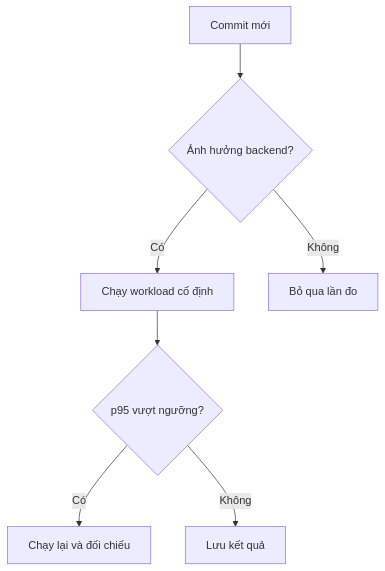
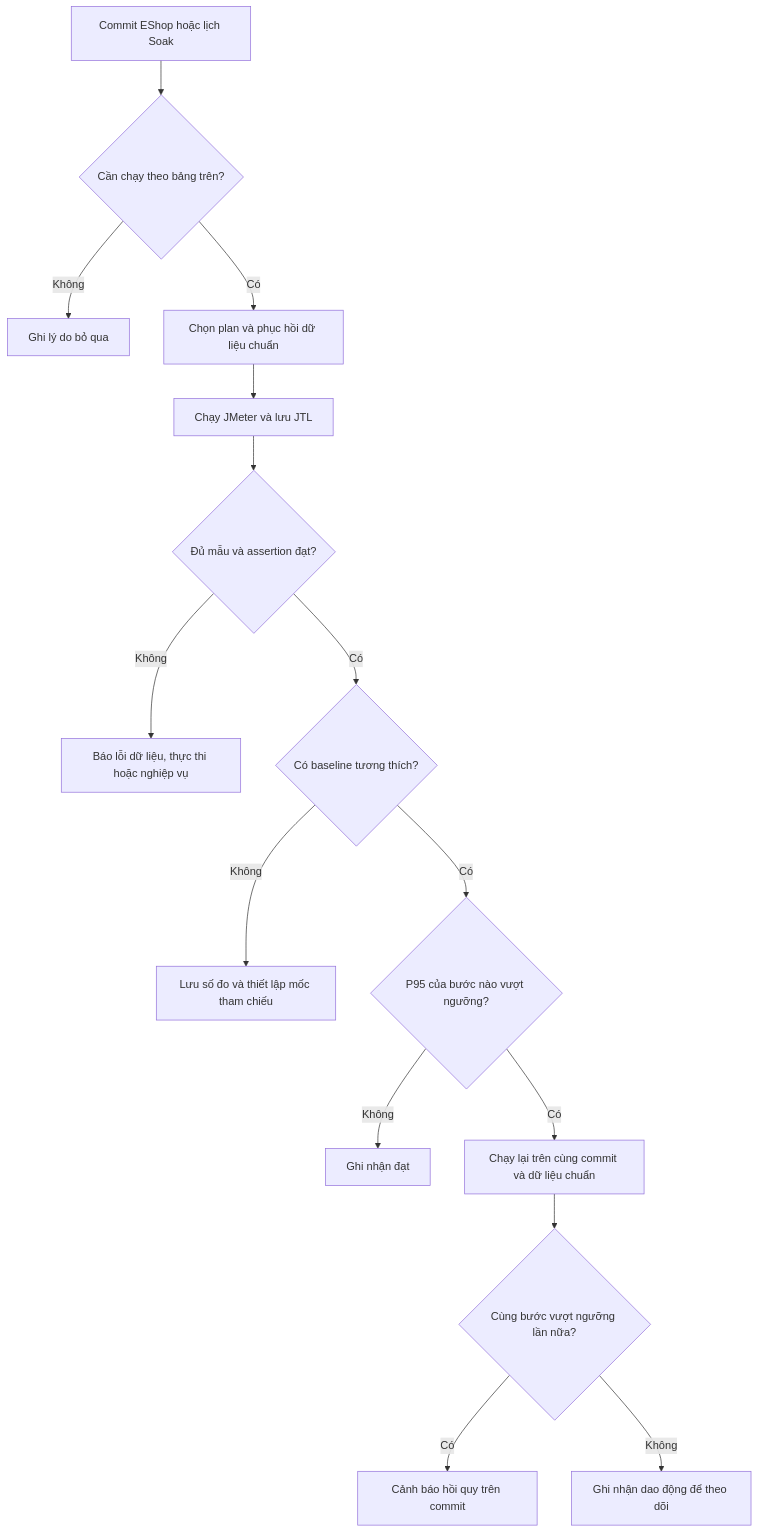
The diagram in task3/proposal.md (nguyenanhtuan2702/HW05), drawn with Mermaid before and after one commit. The commit also changed other lines of this file and 824 other files, not shown here.

````diff
--- a/task3/proposal.md
+++ b/task3/proposal.md
@@ -7,9 +21,17 @@
-~~~mermaid
+```mermaid
 flowchart TD
- A[Commit mới] --> B{Ảnh hưởng backend?}
- B -->|Có| C[Chạy workload cố định]
- B -->|Không| D[Bỏ qua lần đo]
- C --> E{p95 vượt ngưỡng?}
- E -->|Có| F[Chạy lại và đối chiếu]
- E -->|Không| G[Lưu kết quả]
-~~~
+    A["Commit EShop hoặc lịch Soak"] --> B{"Cần chạy theo bảng trên?"}
+    B -->|Không| C["Ghi lý do bỏ qua"]
+    B -->|Có| D["Chọn plan và phục hồi dữ liệu chuẩn"]
+    D --> E["Chạy JMeter và lưu JTL"]
+    E --> F{"Đủ mẫu và assertion đạt?"}
+    F -->|Không| G["Báo lỗi dữ liệu, thực thi hoặc nghiệp vụ"]
+    F -->|Có| H{"Có baseline tương thích?"}
+    H -->|Không| I["Lưu số đo và thiết lập mốc tham chiếu"]
+    H -->|Có| J{"P95 của bước nào vượt ngưỡng?"}
+    J -->|Không| K["Ghi nhận đạt"]
+    J -->|Có| L["Chạy lại trên cùng commit và dữ liệu chuẩn"]
+    L --> M{"Cùng bước vượt ngưỡng lần nữa?"}
+    M -->|Có| N["Cảnh báo hồi quy trên commit"]
+    M -->|Không| O["Ghi nhận dao động để theo dõi"]
+```
````
